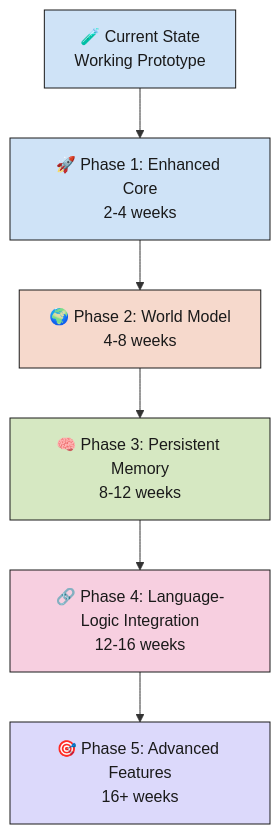
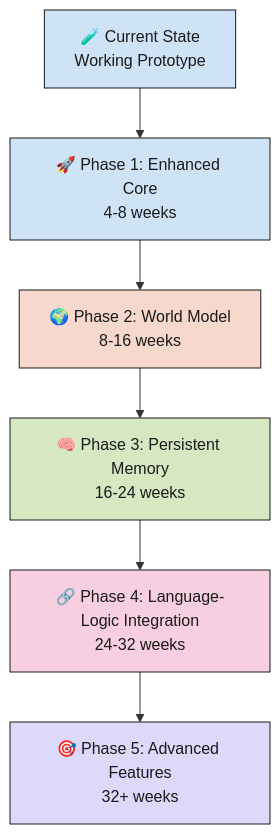
The first of 3 diagrams in ROADMAP.md (DudeSquad999/Prism-Ai), drawn with Mermaid before and after one commit. The commit also changed other lines of this file, not shown here.

````diff
--- a/ROADMAP.md
+++ b/ROADMAP.md
@@ -23,15 +23,15 @@
 ```mermaid
 flowchart TD
-    P0["🧪 Current State<br/>Working Prototype"] --> P1["🚀 Phase 1: Enhanced Core<br/>2-4 weeks"]
-    P1 --> P2["🌍 Phase 2: World Model<br/>4-8 weeks"]
-    P2 --> P3["🧠 Phase 3: Persistent Memory<br/>8-12 weeks"]
-    P3 --> P4["🔗 Phase 4: Language-Logic Integration<br/>12-16 weeks"]
-    P4 --> P5["🎯 Phase 5: Advanced Features<br/>16+ weeks"]
+    P0["🧪 Current State<br/>Working Prototype"] --> P1["🚀 Phase 1: Enhanced Core<br/>4-8 weeks"]
+    P1 --> P2["🌍 Phase 2: World Model<br/>8-16 weeks"]
+    P2 --> P3["🧠 Phase 3: Persistent Memory<br/>16-24 weeks"]
+    P3 --> P4["🔗 Phase 4: Language-Logic Integration<br/>24-32 weeks"]
+    P4 --> P5["🎯 Phase 5: Advanced Features<br/>32+ weeks"]
 
     style P0 fill:#cfe3f7,stroke:#1a1a1a,stroke-width:1px,color:#1a1a1a
     style P1 fill:#cfe3f7,stroke:#1a1a1a,stroke-width:1px,color:#1a1a1a
     style P2 fill:#f6d9cc,stroke:#1a1a1a,stroke-width:1px,color:#1a1a1a
     style P3 fill:#d6e8c2,stroke:#1a1a1a,stroke-width:1px,color:#1a1a1a
     style P4 fill:#f7cfe0,stroke:#1a1a1a,stroke-width:1px,color:#1a1a1a
     style P5 fill:#dcd9fb,stroke:#1a1a1a,stroke-width:1px,color:#1a1a1a
 ```
````
